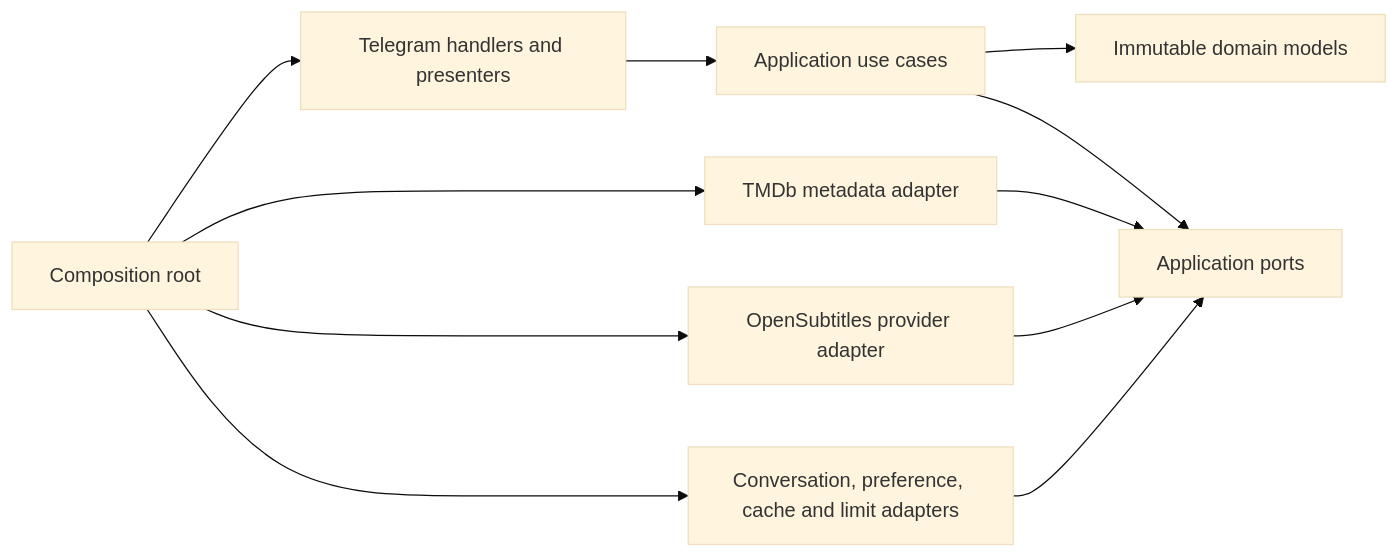
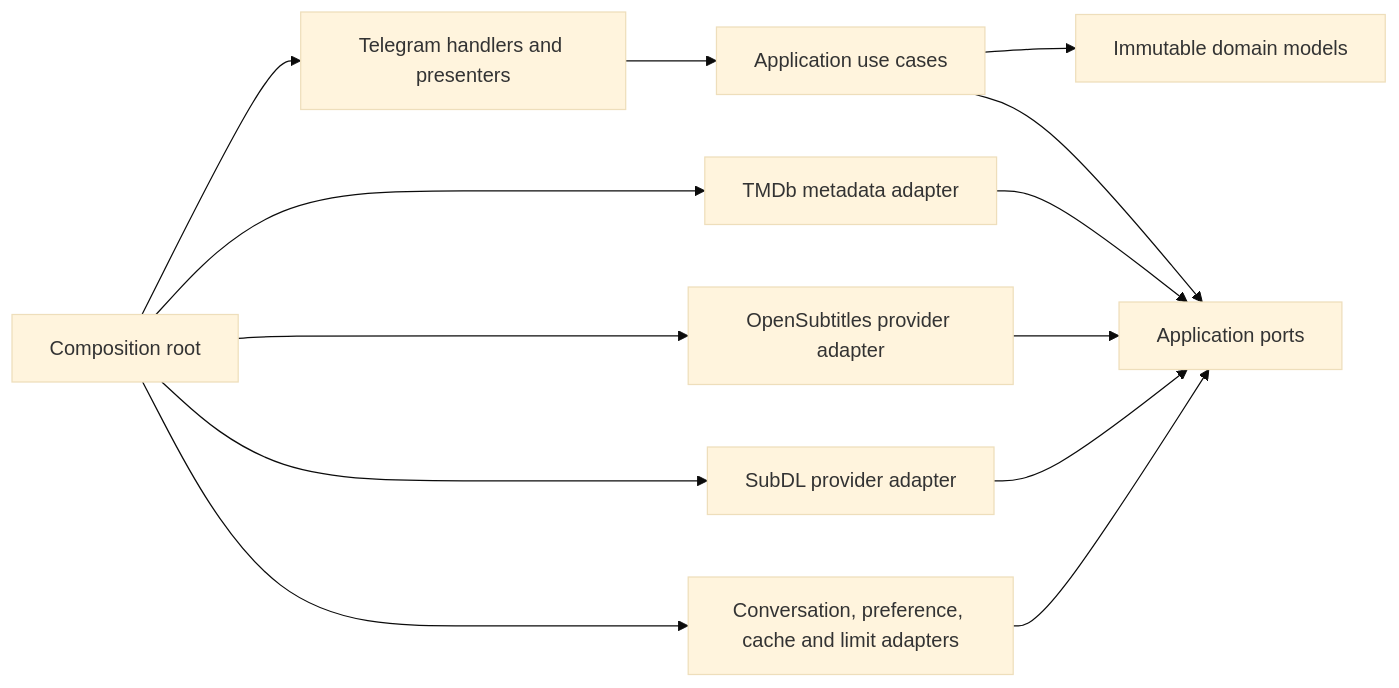
One commit to shakibasaee/submate-bot changed the diagram in ARCHITECTURE.md. Above: the diagram before and after it, drawn with Mermaid (base theme). The commit also changed other lines of this file and 75 other files, not shown here.

````diff
--- a/ARCHITECTURE.md
+++ b/ARCHITECTURE.md
@@ -6,13 +6,15 @@
 ```mermaid
 flowchart LR
     Telegram["Telegram handlers and presenters"] --> UseCases["Application use cases"]
     UseCases --> Domain["Immutable domain models"]
     UseCases --> Ports["Application ports"]
     TMDb["TMDb metadata adapter"] --> Ports
     OpenSubs["OpenSubtitles provider adapter"] --> Ports
+    SubDL["SubDL provider adapter"] --> Ports
     Storage["Conversation, preference, cache and limit adapters"] --> Ports
     Bootstrap["Composition root"] --> Telegram
     Bootstrap --> TMDb
     Bootstrap --> OpenSubs
+    Bootstrap --> SubDL
     Bootstrap --> Storage
 ```
````
